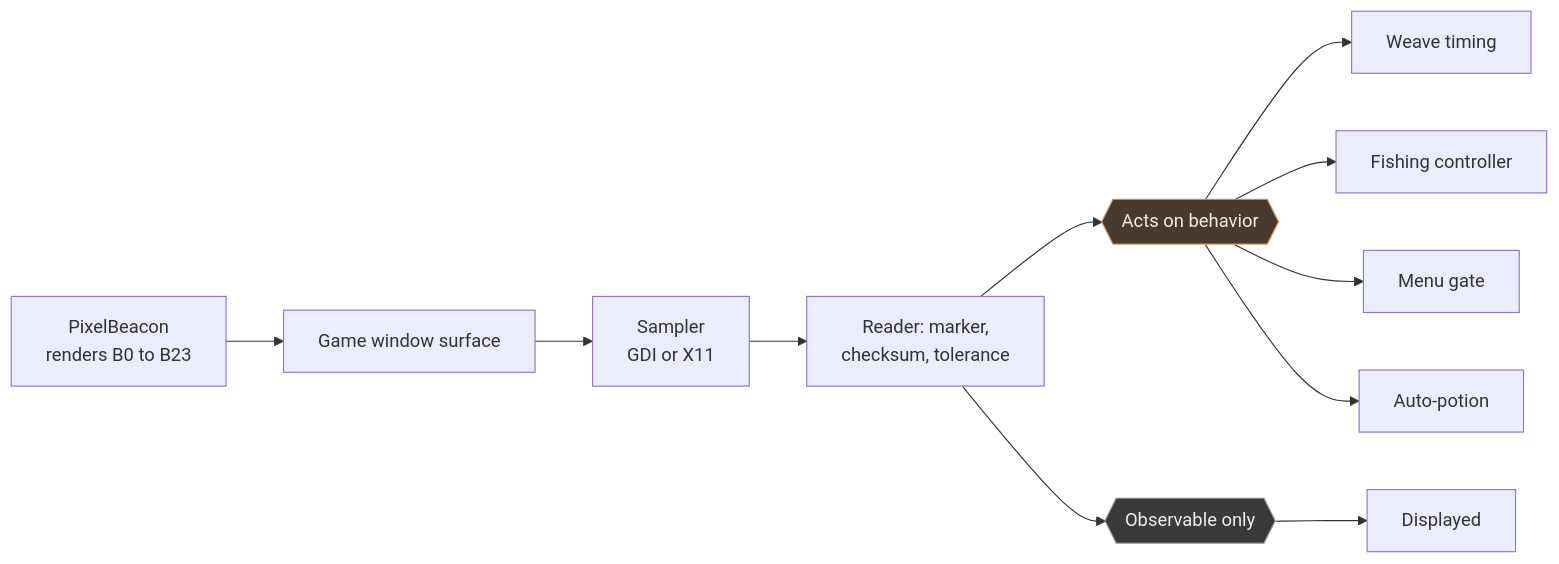
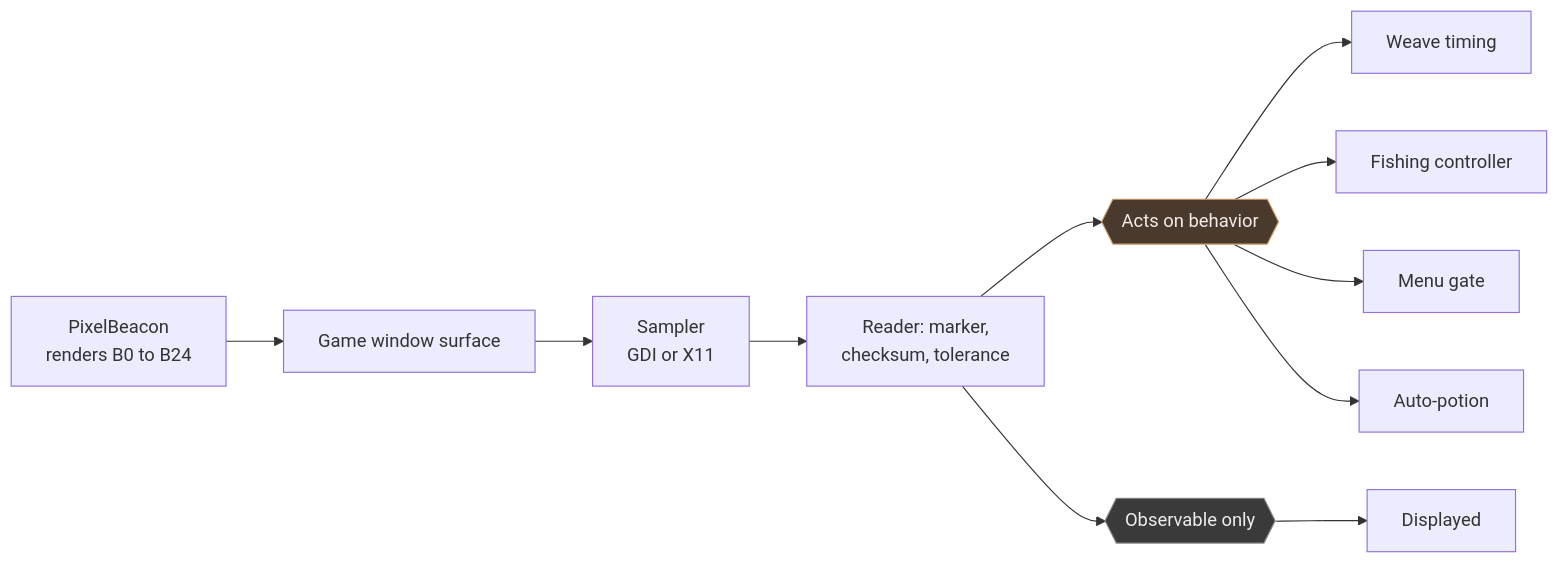
The fourth of 4 diagrams in docs/ESO-Weave-Specification.md (h8rt3rmin8r/eso-weave), drawn with Mermaid before and after one commit. The commit also changed other lines of this file and 37 other files, not shown here.

````diff
--- a/docs/ESO-Weave-Specification.md
+++ b/docs/ESO-Weave-Specification.md
@@ -633,16 +636,16 @@
 ```mermaid
 flowchart LR
-    ADDON[PixelBeacon<br/>renders B0 to B23] --> SURF[Game window surface]
+    ADDON[PixelBeacon<br/>renders B0 to B24] --> SURF[Game window surface]
     SURF --> SMP[Sampler<br/>GDI or X11]
     SMP --> RDR[Reader: marker,<br/>checksum, tolerance]
     RDR --> ACT{{Acts on behavior}}
     RDR --> OBS{{Observable only}}
     ACT --> WE[Weave timing]
     ACT --> FC[Fishing controller]
     ACT --> GATE[Menu gate]
     ACT --> AP[Auto-potion]
     OBS --> UI[Displayed]
 
     style ACT fill:#4a3a2d,stroke:#c96,color:#f5ece8
     style OBS fill:#3a3a3a,stroke:#888,color:#eee
 ```
````
